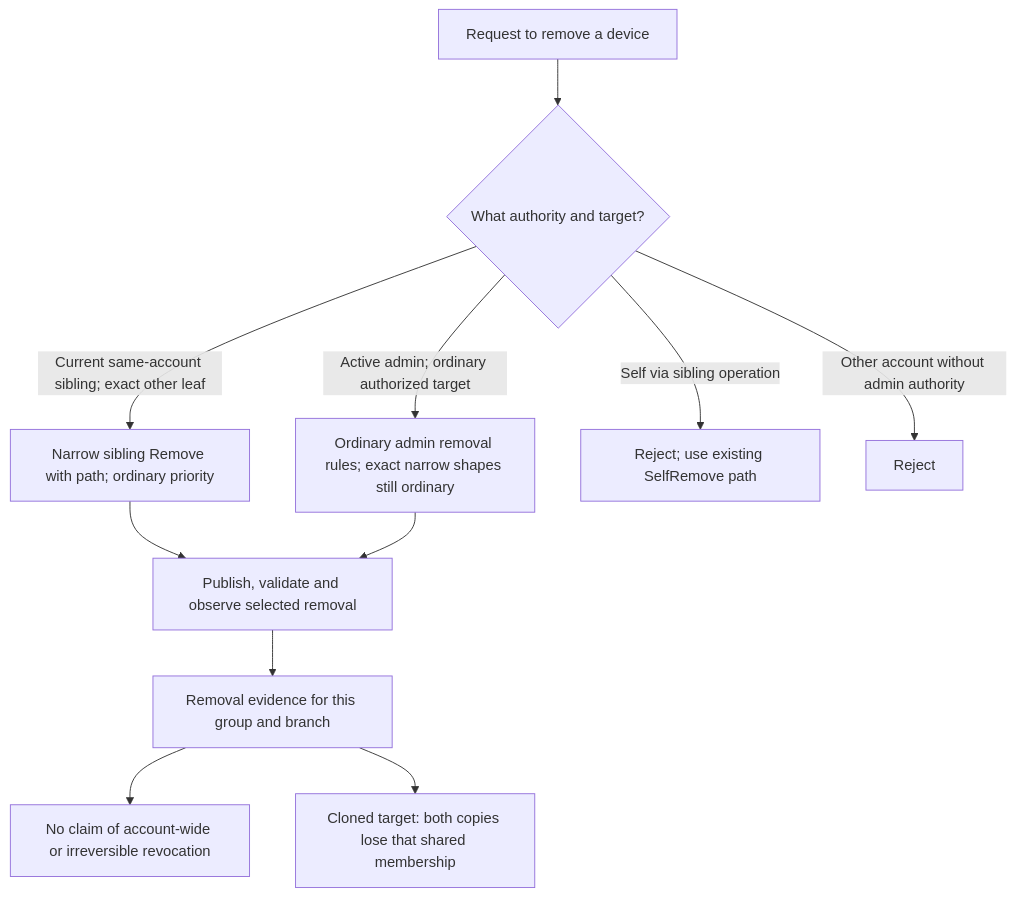
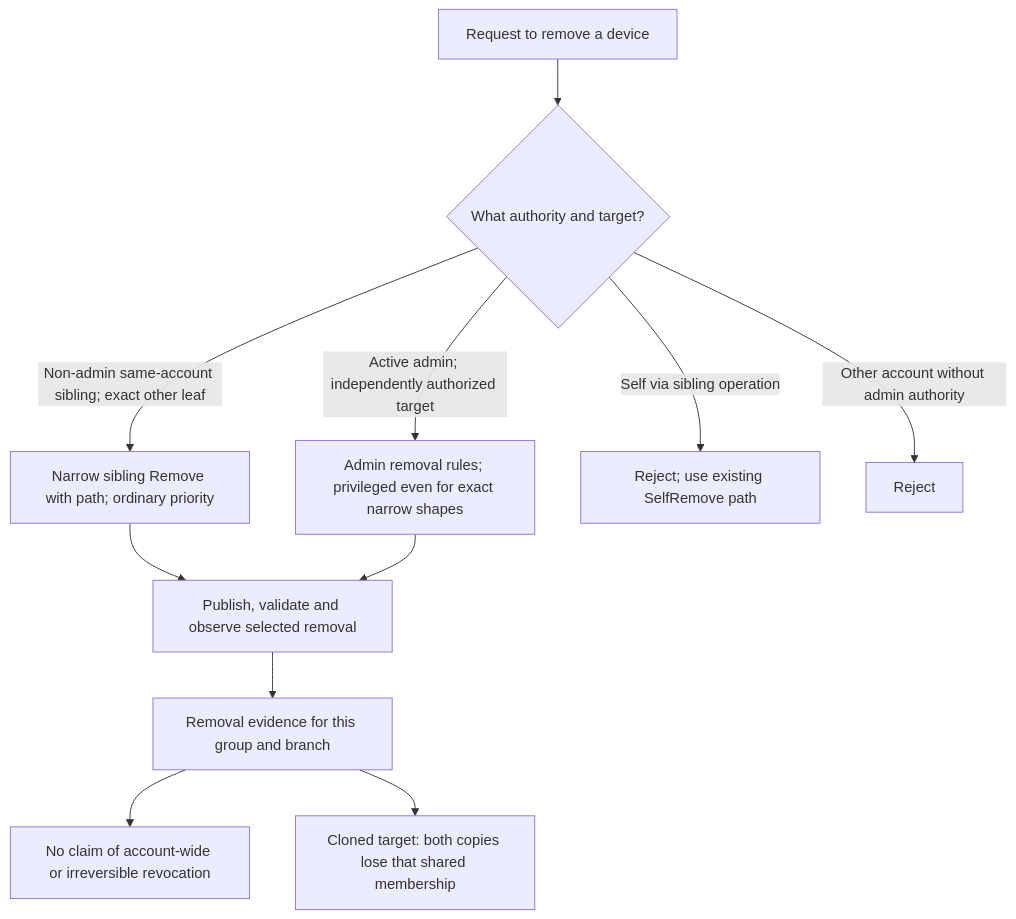
The eighth of 8 diagrams in features/multi-device/flows-and-threats.md (liamhelmer/marmot), drawn with Mermaid before and after one commit. The commit also changed other lines of this file and 5 other files, not shown here.

````diff
--- a/features/multi-device/flows-and-threats.md
+++ b/features/multi-device/flows-and-threats.md
@@ -282,13 +293,13 @@
 ```mermaid
 flowchart TD
     Q["Request to remove a device"] --> T{"What authority and target?"}
-    T -->|"Current same-account sibling; exact other leaf"| S["Narrow sibling Remove with path; ordinary priority"]
-    T -->|"Active admin; ordinary authorized target"| A["Ordinary admin removal rules; exact narrow shapes still ordinary"]
+    T -->|"Non-admin same-account sibling; exact other leaf"| S["Narrow sibling Remove with path; ordinary priority"]
+    T -->|"Active admin; independently authorized target"| A["Admin removal rules; privileged even for exact narrow shapes"]
     T -->|"Self via sibling operation"| X["Reject; use existing SelfRemove path"]
     T -->|"Other account without admin authority"| X2["Reject"]
     S --> C["Publish, validate and observe selected removal"]
     A --> C
     C --> L["Removal evidence for this group and branch"]
     L --> N["No claim of account-wide or irreversible revocation"]
     L --> K["Cloned target: both copies lose that shared membership"]
 ```
````
